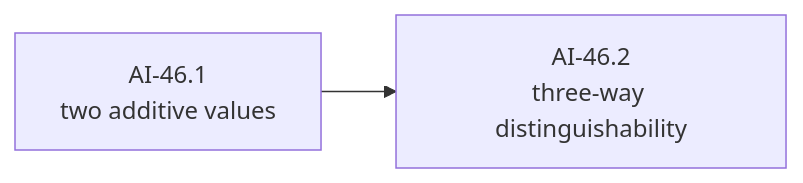
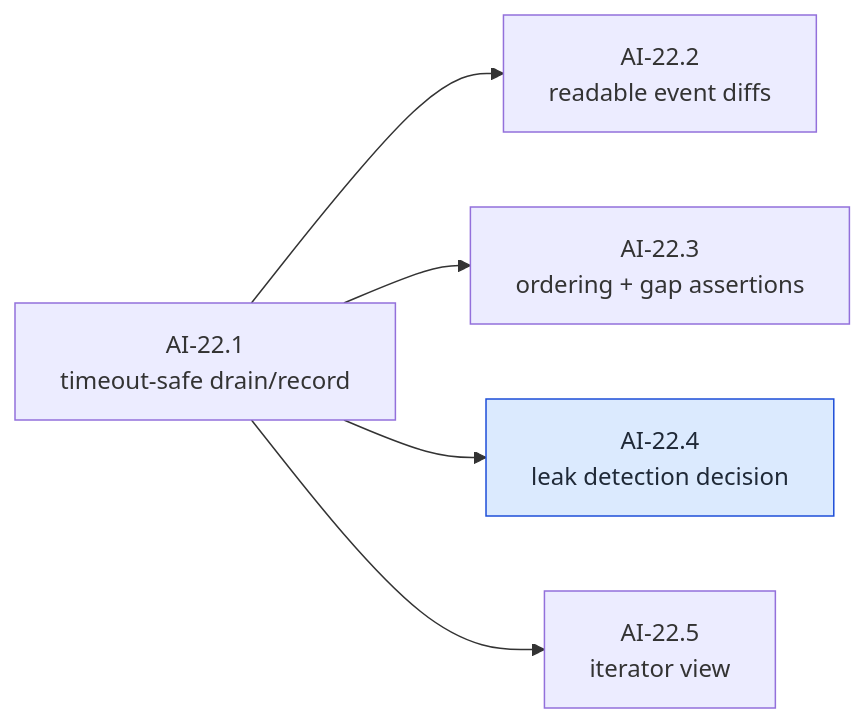
Before and after one commit to witsaba/cachicamas: diagram 15 of 29 in docs/architecture/milestones/0002-cachicamas-ai-layer-1-task-graph.md, drawn with Mermaid. The commit also changed other lines of this file, not shown here.

First line of the commit message:
docs: rewrite Layer 1 task graph as a from-zero plan (AI-00 … AI-40)

````diff
--- a/docs/architecture/milestones/0002-cachicamas-ai-layer-1-task-graph.md
+++ b/docs/architecture/milestones/0002-cachicamas-ai-layer-1-task-graph.md
@@ -960,4 +1256,9 @@
 ```mermaid
 flowchart LR
-    M1["AI-46.1<br/>two additive values"] --> M2["AI-46.2<br/>three-way distinguishability"]
+    R1["AI-22.1<br/>timeout-safe drain/record"] --> R2["AI-22.2<br/>readable event diffs"]
+    R1 --> R3["AI-22.3<br/>ordering + gap assertions"]
+    R1 --> R4["AI-22.4<br/>leak detection decision"]
+    R1 --> R5["AI-22.5<br/>iterator view"]
+    classDef d fill:#dbeafe,stroke:#1d4ed8,color:#1f2937
+    class R4 d
 ```
````
